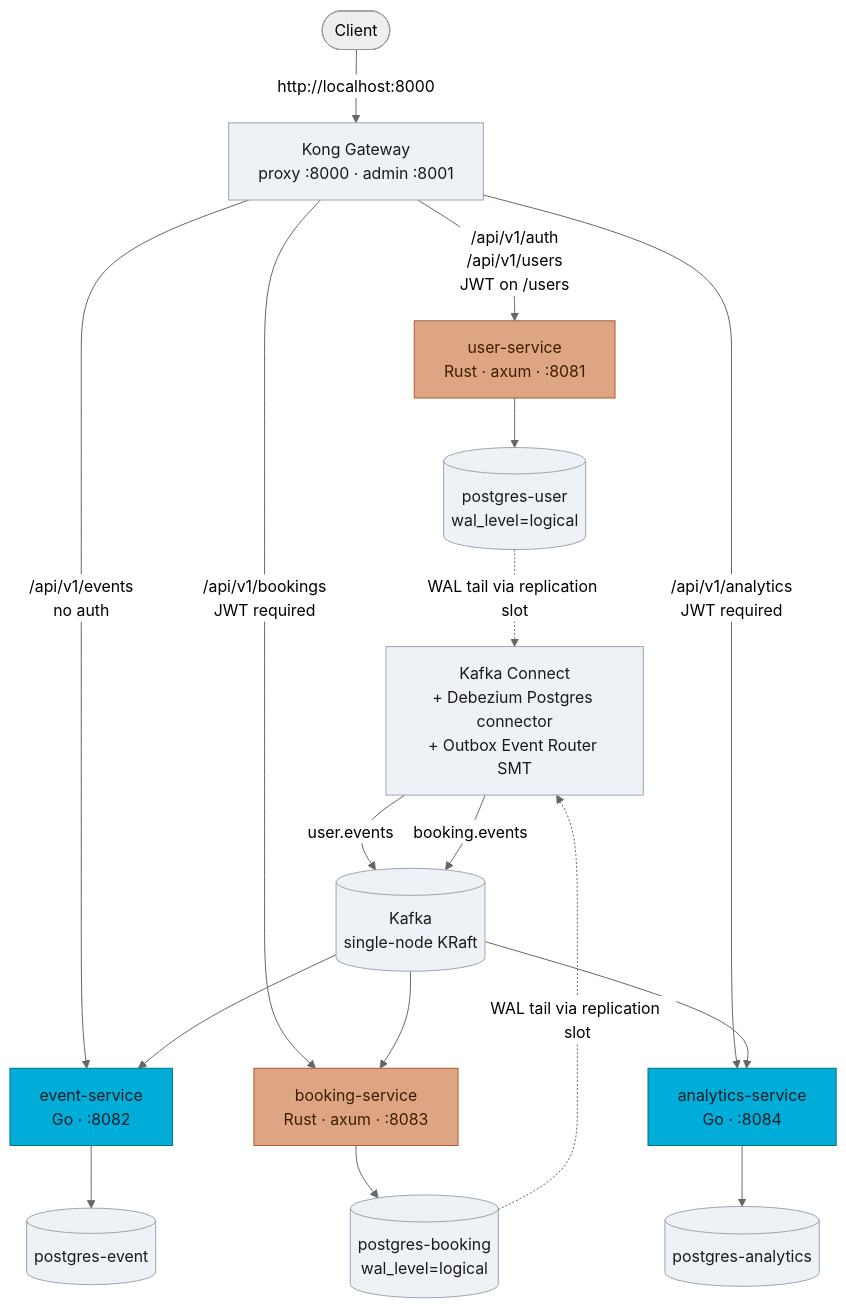
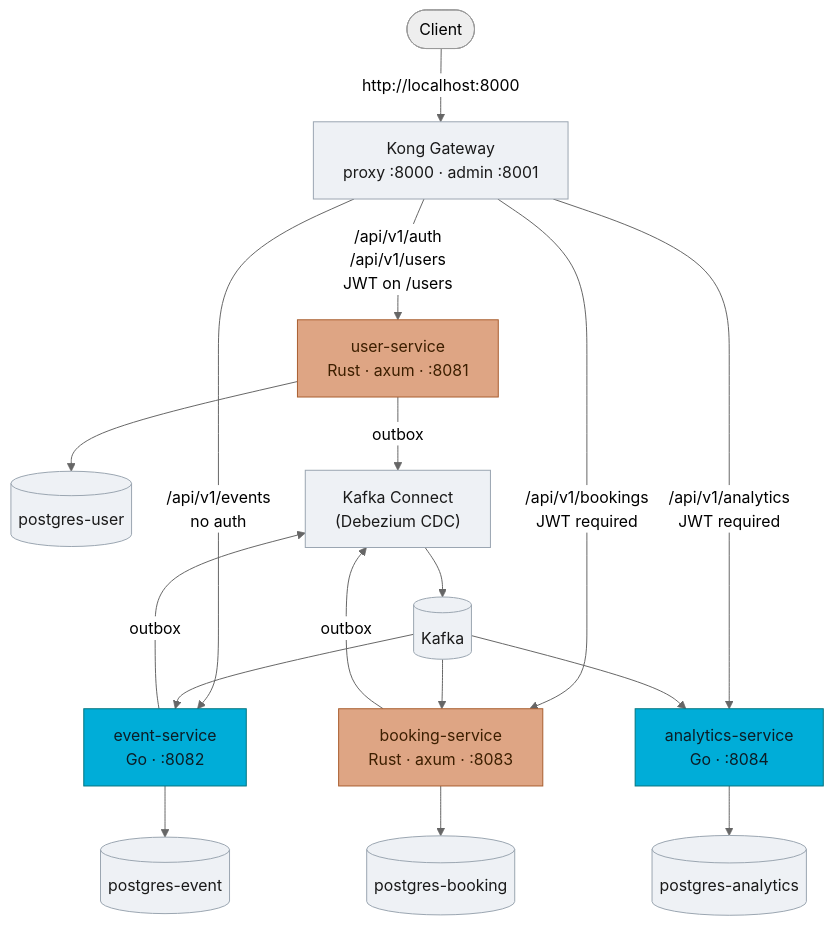
One commit to buixuankhai1204/ticket-microservices changed the diagram in README.md. Above: the diagram before and after it, drawn with Mermaid (neutral theme). The commit also changed other lines of this file and 9 other files, not shown here.

````diff
--- a/README.md
+++ b/README.md
@@ -21,31 +21,31 @@
 ```mermaid
 flowchart TB
     client([Client])
     client -->|"http://localhost:8000"| kong["Kong Gateway<br/>proxy :8000 · admin :8001"]
 
     kong -->|"/api/v1/auth<br/>/api/v1/users<br/>JWT on /users"| us["user-service<br/>Rust · axum · :8081"]
     kong -->|"/api/v1/events<br/>no auth"| es["event-service<br/>Go · :8082"]
     kong -->|"/api/v1/bookings<br/>JWT required"| bs["booking-service<br/>Rust · axum · :8083"]
     kong -->|"/api/v1/analytics<br/>JWT required"| as["analytics-service<br/>Go · :8084"]
 
-    us --> pgu[("postgres-user<br/>wal_level=logical")]
+    us --> pgu[("postgres-user")]
     es --> pge[("postgres-event")]
-    bs --> pgb[("postgres-booking<br/>wal_level=logical")]
+    bs --> pgb[("postgres-booking")]
     as --> pga[("postgres-analytics")]
 
-    pgu -.WAL tail via replication slot.-> connect
-    pgb -.WAL tail via replication slot.-> connect
-    connect["Kafka Connect<br/>+ Debezium Postgres connector<br/>+ Outbox Event Router SMT"] -->|"user.events"| kafka[("Kafka<br/>single-node KRaft")]
-    connect -->|"booking.events"| kafka
+    us -->|outbox| connect
+    es -->|outbox| connect
+    bs -->|outbox| connect
+    connect["Kafka Connect<br/>(Debezium CDC)"] --> kafka[("Kafka")]
 
     kafka --> es
     kafka --> bs
     kafka --> as
 
     classDef go fill:#00ADD8,color:#0b1d26,stroke:#00747f
     classDef rust fill:#DEA584,color:#3d1f00,stroke:#a85d2e
     classDef infra fill:#eef1f5,color:#1a1a1a,stroke:#9aa5b1
     class es,as go
     class us,bs rust
     class kong,pgu,pge,pgb,pga,connect,kafka infra
 ```
````
